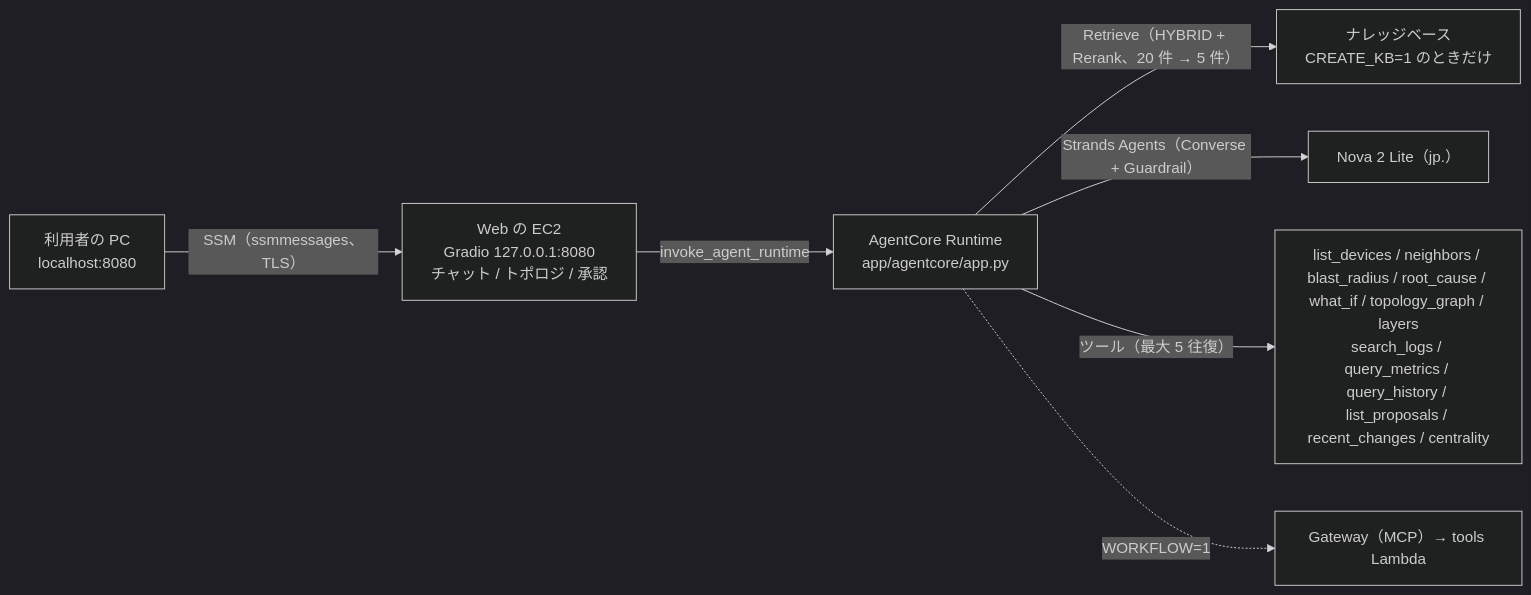
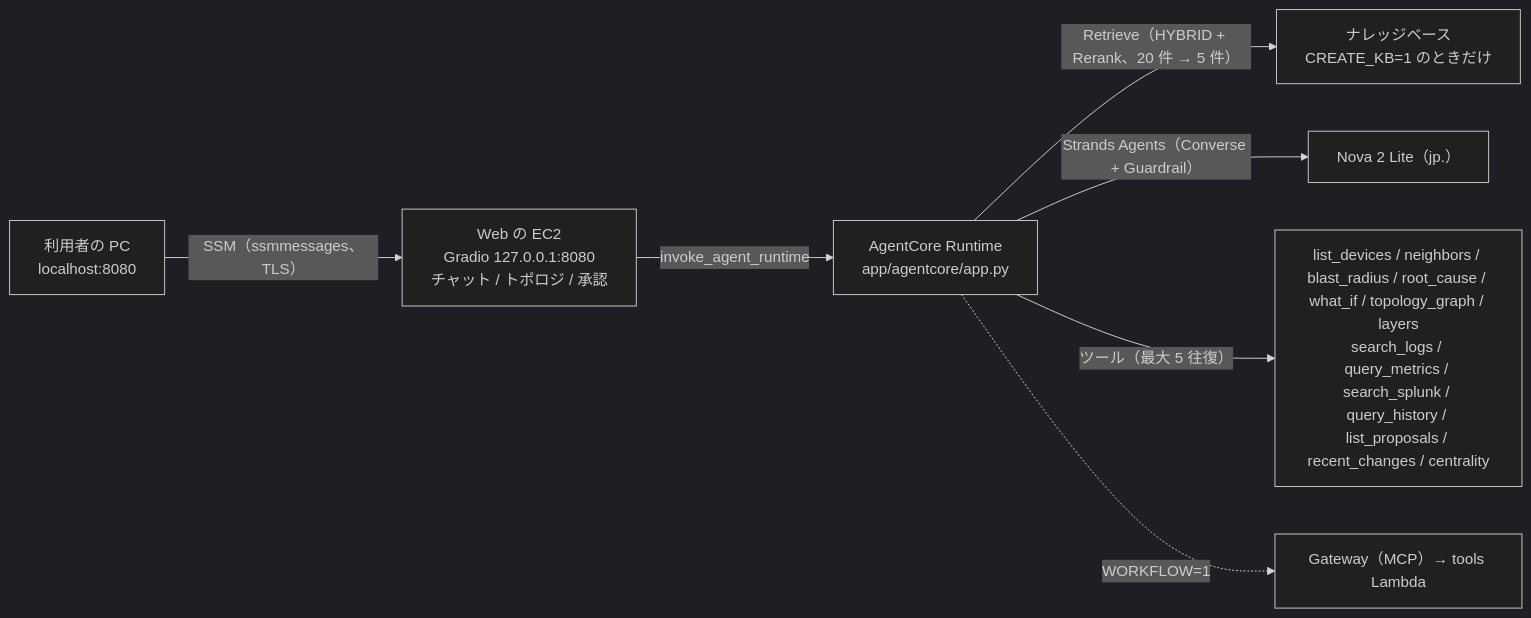
One commit to eddie-eights/nwc-poc changed the diagram in docs/architecture/agent.md. Above: the diagram before and after it, drawn with Mermaid (dark theme). The commit also changed other lines of this file and 19 other files, not shown here.

````diff
--- a/docs/architecture/agent.md
+++ b/docs/architecture/agent.md
@@ -9,9 +9,9 @@
 ```mermaid
 flowchart LR
   PC["利用者の PC<br/>localhost:8080"] -->|"SSM（ssmmessages、TLS）"| WEB["Web の EC2<br/>Gradio 127.0.0.1:8080<br/>チャット / トポロジ / 承認"]
   WEB -->|"invoke_agent_runtime"| RT["AgentCore Runtime<br/>app/agentcore/app.py"]
   RT -->|"Retrieve（HYBRID + Rerank、20 件 → 5 件）"| KB["ナレッジベース<br/>CREATE_KB=1 のときだけ"]
   RT -->|"Strands Agents（Converse + Guardrail）"| LLM["Nova 2 Lite（jp.）"]
-  RT -->|"ツール（最大 5 往復）"| TOOLS["list_devices / neighbors / blast_radius / root_cause / what_if / topology_graph / layers<br/>search_logs / query_metrics / query_history / list_proposals / recent_changes / centrality"]
+  RT -->|"ツール（最大 5 往復）"| TOOLS["list_devices / neighbors / blast_radius / root_cause / what_if / topology_graph / layers<br/>search_logs / query_metrics / search_splunk / query_history / list_proposals / recent_changes / centrality"]
   RT -.->|"WORKFLOW=1"| GW["Gateway（MCP）→ tools Lambda"]
 ```
````
